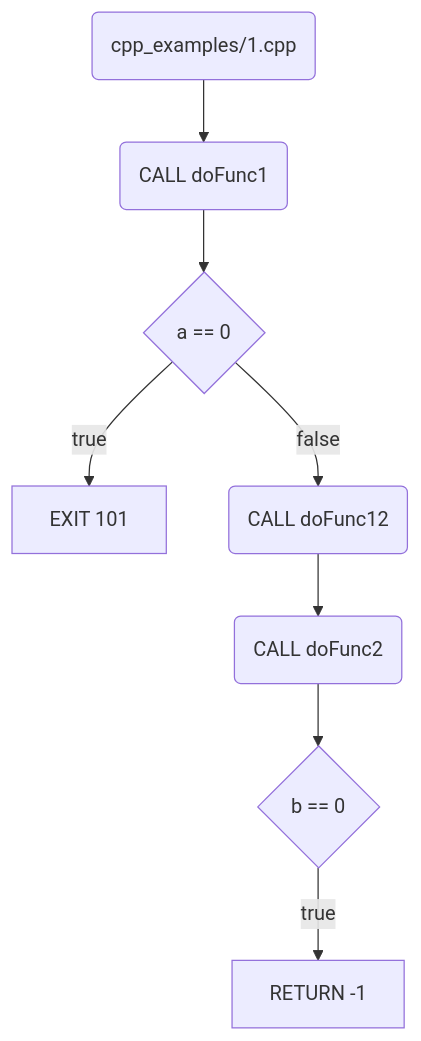
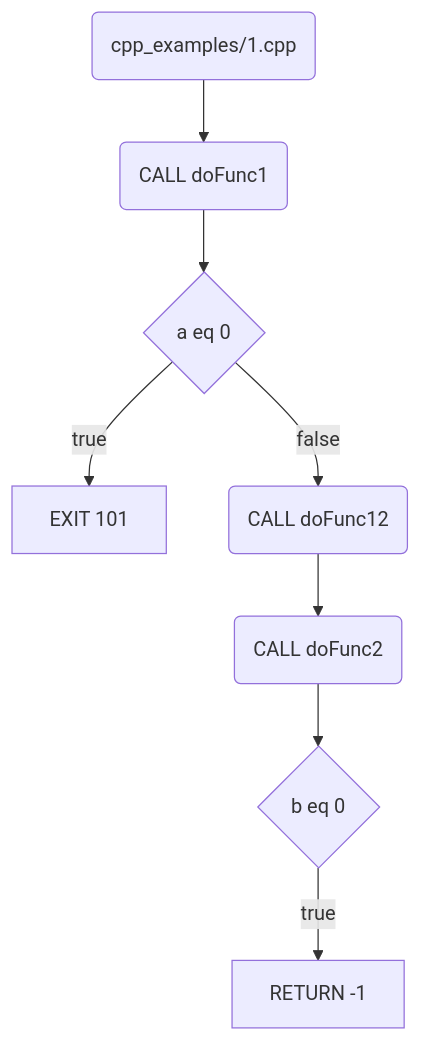
One commit to bieli/cpp-source-mermaid-graph-generator changed the diagram in README.md. Above: the diagram before and after it, drawn with Mermaid. The commit also changed other lines of this file, not shown here.

````diff
--- a/README.md
+++ b/README.md
@@ -48,14 +62,14 @@
 ```mermaid
 flowchart TD
     START(cpp_examples/1.cpp)
     START --> F001
     F001(CALL doFunc1)
-    F001 --> B002{a == 0}
+    F001 --> B002{a eq 0}
     B002 -->|true| EXIT101[EXIT 101]
     B002 -->|false| F003
     F003(CALL doFunc12)
     F003 --> F004
     F004(CALL doFunc2)
-    F004 --> B005{b == 0}
+    F004 --> B005{b eq 0}
     B005 -->|true| RETN1[RETURN -1]
 ```
````
